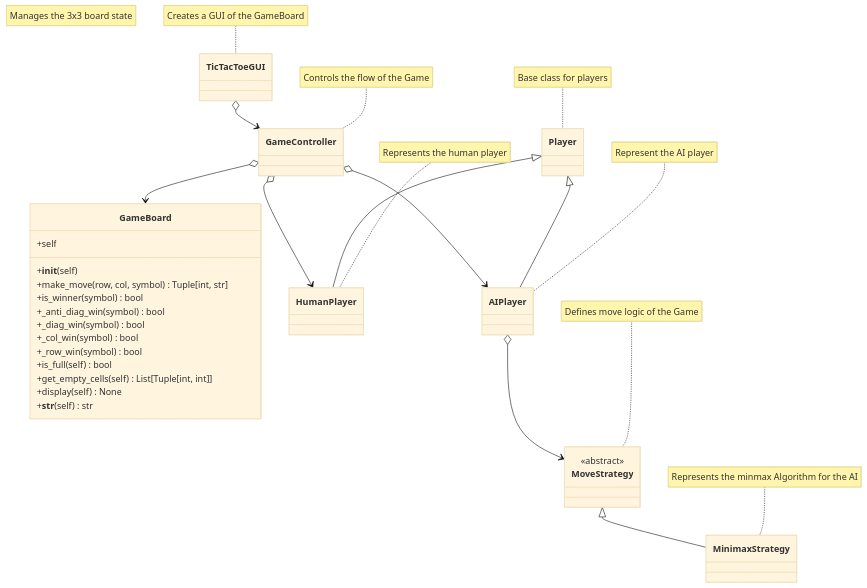
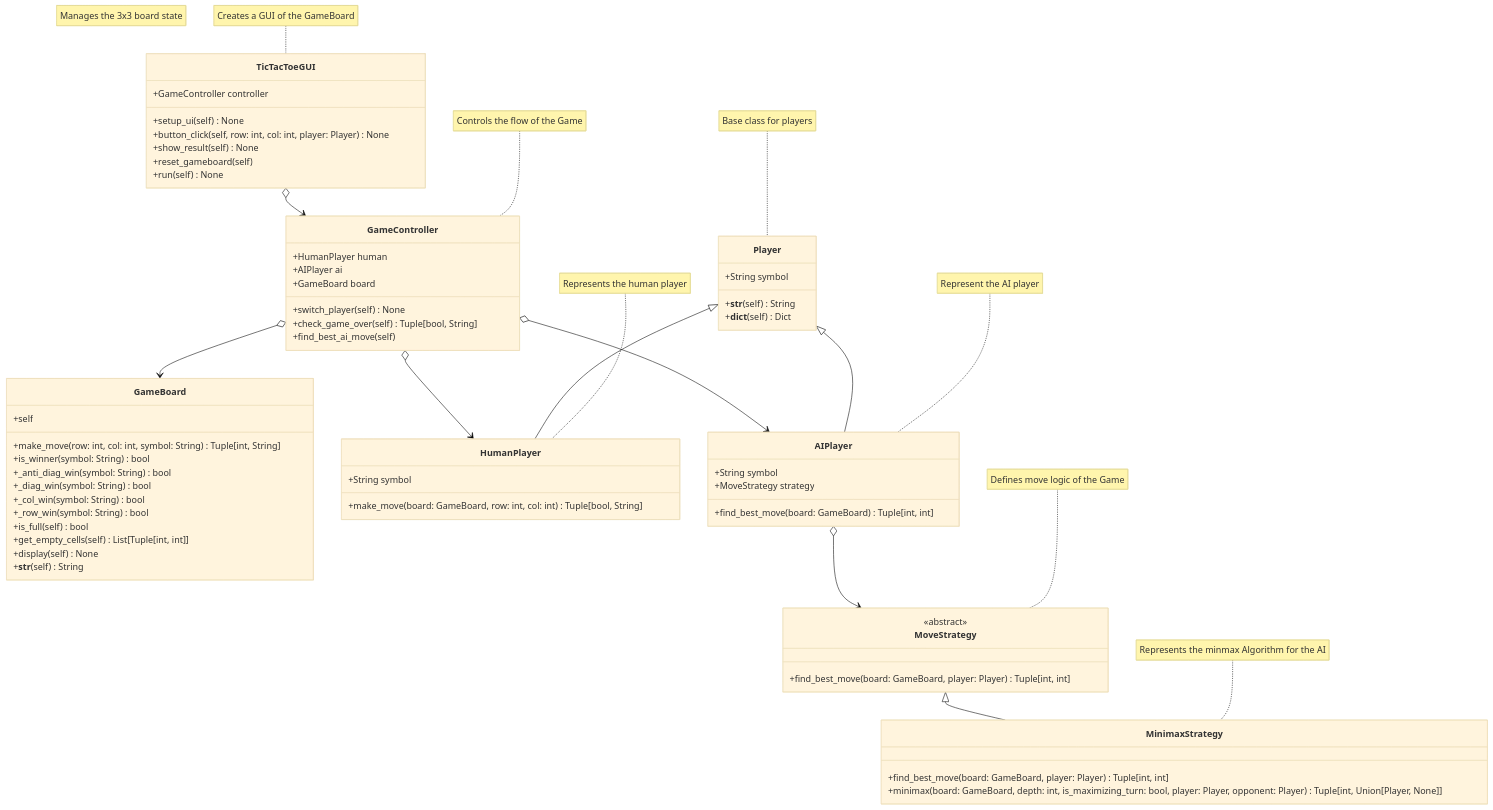
One commit to Alena-Alexander/Tic-Tac-Toe changed the diagram in README.md. Above: the diagram before and after it, drawn with Mermaid (base theme).

```diff
--- a/README.md
+++ b/README.md
@@ -102,39 +102,66 @@
         +self
         
         %% Methods
-        +__init__(self)
-        +make_move(row, col, symbol) Tuple[int, str]
-        +is_winner(symbol) bool
-        +_anti_diag_win(symbol) bool
-        +_diag_win(symbol) bool
-        +_col_win(symbol) bool
-        +_row_win(symbol) bool
+        +make_move(row: int, col: int, symbol: String) Tuple[int, String]
+        +is_winner(symbol: String) bool
+        +_anti_diag_win(symbol: String) bool
+        +_diag_win(symbol: String) bool
+        +_col_win(symbol: String) bool
+        +_row_win(symbol: String) bool
         +is_full(self) bool
         +get_empty_cells(self) List[Tuple[int, int]]
         +display(self) None
-        +__str__(self) str
+        +__str__(self) String
     }
     
     class Player {
+        +String symbol
         
+        +__str__(self) String
+        +__dict__(self) Dict
     }
+    
     class HumanPlayer {
+        +String symbol
         
+        +make_move(board: GameBoard, row: int, col: int) Tuple[bool, String]
     }
+    
     class AIPlayer {
+        +String symbol
+        +MoveStrategy strategy
         
+        +find_best_move(board: GameBoard) Tuple[int, int]
     }
+    
     class MoveStrategy {
         <<abstract>>
+        +find_best_move(board: GameBoard, player: Player)  Tuple[int, int]
     }
+    
     class MinimaxStrategy {
+        +find_best_move(board: GameBoard, player: Player)  Tuple[int, int]
+        +minimax(board: GameBoard, depth: int, is_maximizing_turn: bool, player: Player, opponent: Player) Tuple[int, Union[Player, None]]
+    }
+    
+    class GameController {
+        +HumanPlayer human
+        +AIPlayer ai
+        +GameBoard board
         
+        +switch_player(self) None
+        +check_game_over(self) Tuple[bool, String]
+        +find_best_ai_move(self)
     }
-    class GameController {
+    
+    class TicTacToeGUI {
+        +GameController controller
         
-    }
-    class TicTacToeGUI {
-        
+        +setup_ui(self) None
+        +button_click(self, row: int, col: int, player: Player) None
+        +show_result(self) None
+        +reset_gameboard(self)
+        +run(self) None
     }
     
     note for Gameboard "Manages the 3x3 board state"
```
